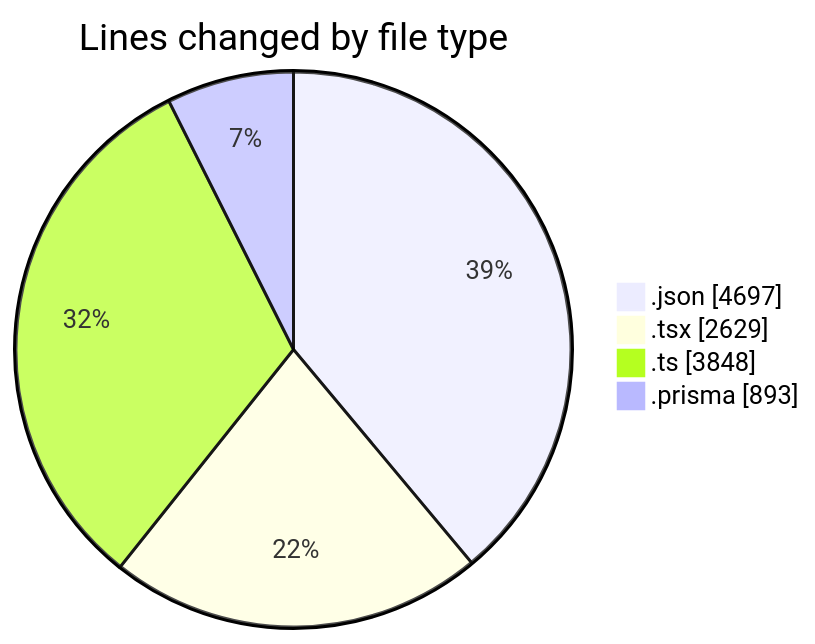
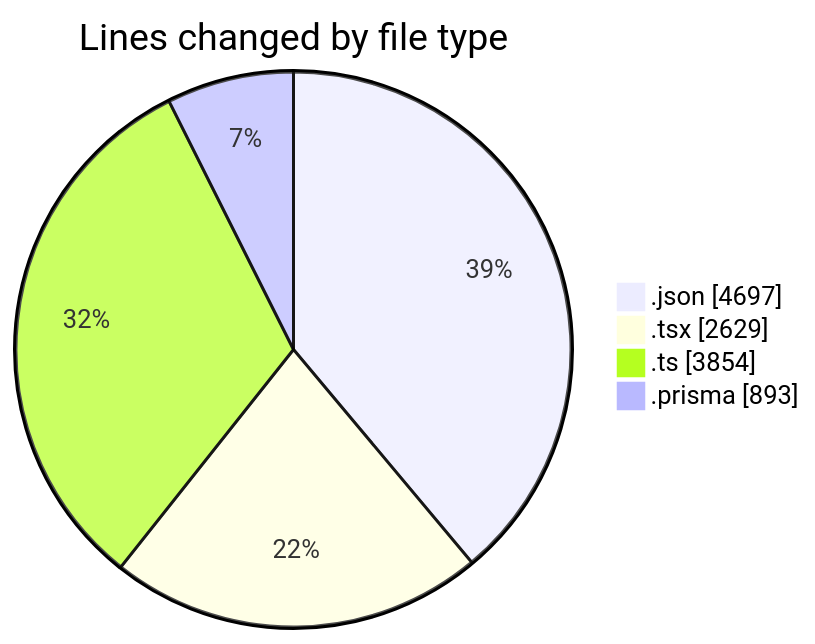
One commit to CELIANVF/code-tracking changed the first of 2 diagrams in 2025-05-05/ecodeli/README.md. Above: the diagram before and after it, drawn with Mermaid. The commit also changed other lines of this file and 1 other file, not shown here.

````diff
--- a/2025-05-05/ecodeli/README.md
+++ b/2025-05-05/ecodeli/README.md
@@ -45,8 +45,8 @@
 ```mermaid
 pie showData
 title Lines changed by file type
 ".json" : 4697
 ".tsx" : 2629
-".ts" : 3848
+".ts" : 3854
 ".prisma" : 893
 ```
````
